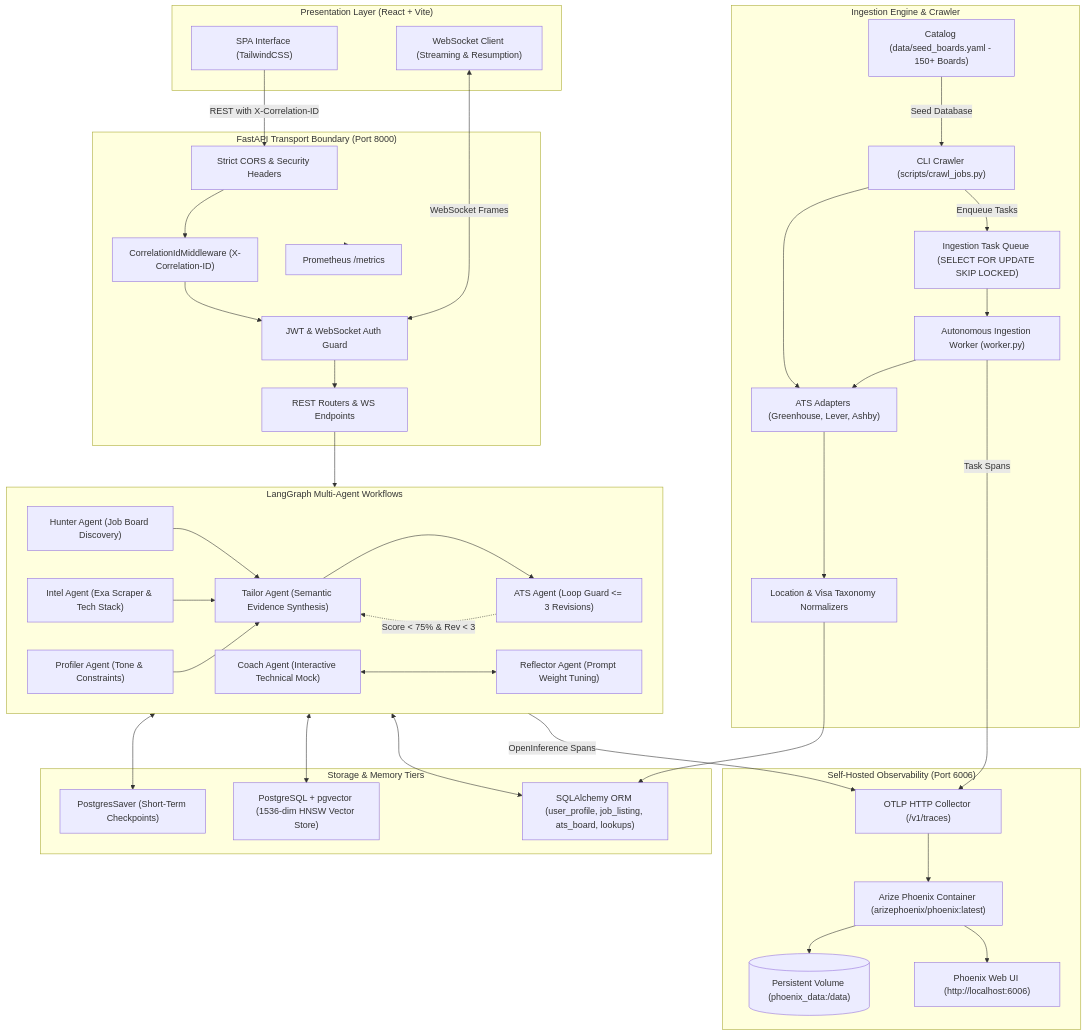
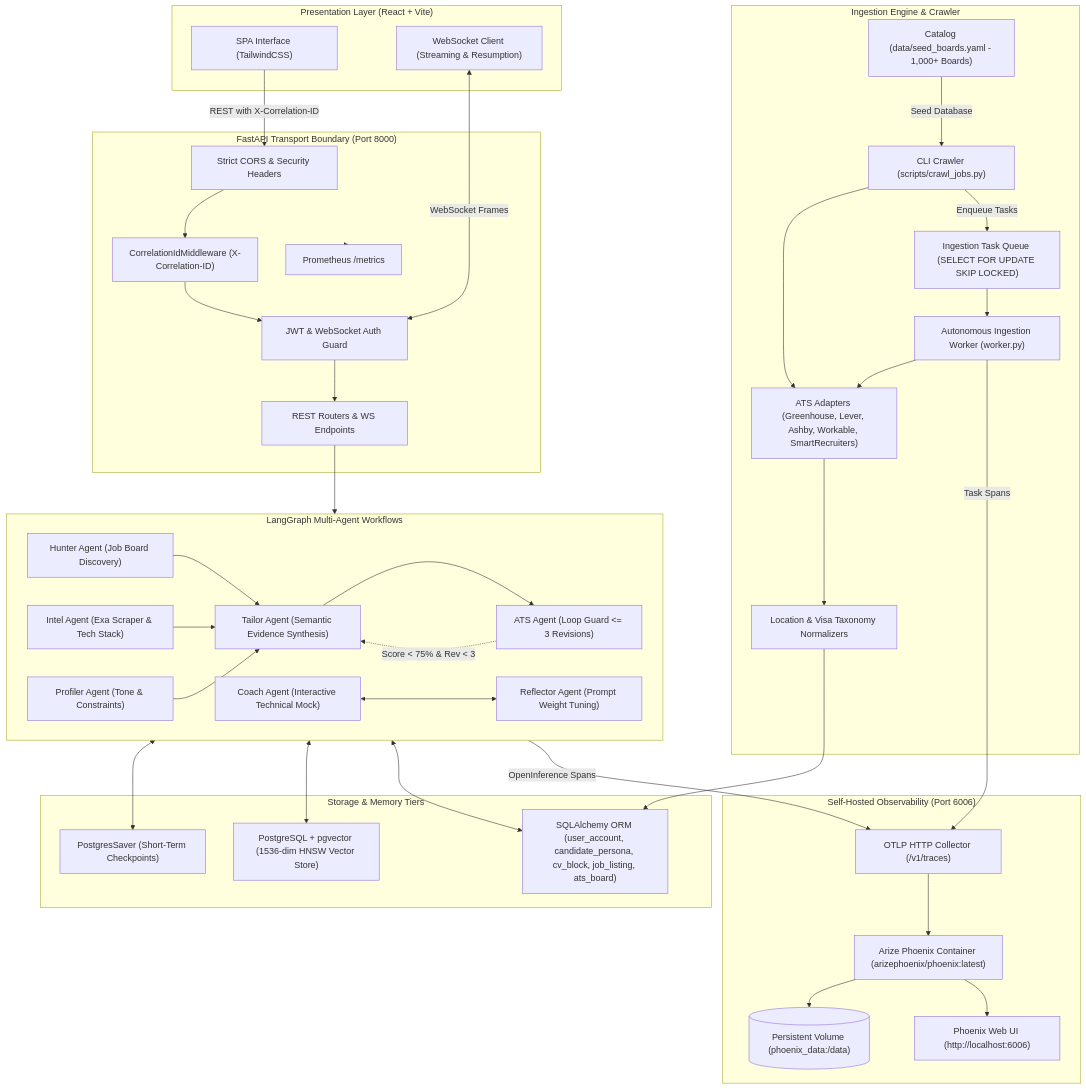
One commit to bibhashkar/Career-OS changed the first of 2 diagrams in README.md. Above: the diagram before and after it, drawn with Mermaid. The commit also changed other lines of this file and 2 other files, not shown here.

First line of the commit message:
docs(readme): refresh architecture, 18 tables taxonomy and adr index

````diff
--- a/README.md
+++ b/README.md
@@ -11,67 +11,67 @@
 ```mermaid
 flowchart TD
     subgraph Frontend["Presentation Layer (React + Vite)"]
         UI["SPA Interface (TailwindCSS)"]
         WSClient["WebSocket Client (Streaming & Resumption)"]
     end
 
     subgraph API["FastAPI Transport Boundary (Port 8000)"]
         CORS["Strict CORS & Security Headers"]
         Auth["JWT & WebSocket Auth Guard"]
         Router["REST Routers & WS Endpoints"]
         CID["CorrelationIdMiddleware (X-Correlation-ID)"]
         Metrics["Prometheus /metrics"]
     end
 
     subgraph Observability["Self-Hosted Observability (Port 6006)"]
         PHX["Arize Phoenix Container (arizephoenix/phoenix:latest)"]
         VOL[("Persistent Volume (phoenix_data:/data)")]
         UI_PHX["Phoenix Web UI (http://localhost:6006)"]
         OTLP["OTLP HTTP Collector (/v1/traces)"]
     end
 
     subgraph Agents["LangGraph Multi-Agent Workflows"]
         Hunter["Hunter Agent (Job Board Discovery)"]
         Intel["Intel Agent (Exa Scraper & Tech Stack)"]
         Profiler["Profiler Agent (Tone & Constraints)"]
         Tailor["Tailor Agent (Semantic Evidence Synthesis)"]
         ATS["ATS Agent (Loop Guard <= 3 Revisions)"]
         Coach["Coach Agent (Interactive Technical Mock)"]
         Reflector["Reflector Agent (Prompt Weight Tuning)"]
     end
 
     subgraph Ingestion["Ingestion Engine & Crawler"]
-        Catalog["Catalog (data/seed_boards.yaml - 150+ Boards)"]
+        Catalog["Catalog (data/seed_boards.yaml - 1,000+ Boards)"]
         CLI["CLI Crawler (scripts/crawl_jobs.py)"]
-        Adapters["ATS Adapters (Greenhouse, Lever, Ashby)"]
+        Adapters["ATS Adapters (Greenhouse, Lever, Ashby, Workable, SmartRecruiters)"]
         Normalizer["Location & Visa Taxonomy Normalizers"]
         Queue["Ingestion Task Queue (SELECT FOR UPDATE SKIP LOCKED)"]
         Worker["Autonomous Ingestion Worker (worker.py)"]
     end
 
     subgraph Persistence["Storage & Memory Tiers"]
         PGSaver["PostgresSaver (Short-Term Checkpoints)"]
         PGVector["PostgreSQL + pgvector (1536-dim HNSW Vector Store)"]
-        Relational["SQLAlchemy ORM (user_profile, job_listing, ats_board, lookups)"]
+        Relational["SQLAlchemy ORM (user_account, candidate_persona, cv_block, job_listing, ats_board)"]
     end
 
     UI -->|REST with X-Correlation-ID| CORS --> CID --> Auth --> Router
     WSClient <-->|WebSocket Frames| Auth
     Router --> Agents
     Hunter & Intel & Profiler --> Tailor --> ATS
     ATS -.->|Score < 75% & Rev < 3| Tailor
     Coach <--> Reflector
     Agents <--> PGSaver
     Agents <--> PGVector
     Agents <--> Relational
     Agents -->|OpenInference Spans| OTLP
 
     Catalog -->|Seed Database| CLI
     CLI --> Adapters --> Normalizer --> Relational
     CLI -->|Enqueue Tasks| Queue
     Queue --> Worker --> Adapters
     Worker -->|Task Spans| OTLP
     OTLP --> PHX --> VOL
     PHX --> UI_PHX
     API --> Metrics
 ```
````
